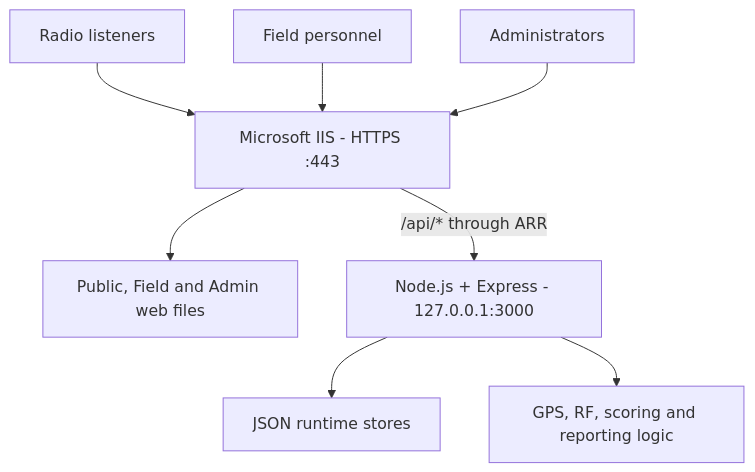
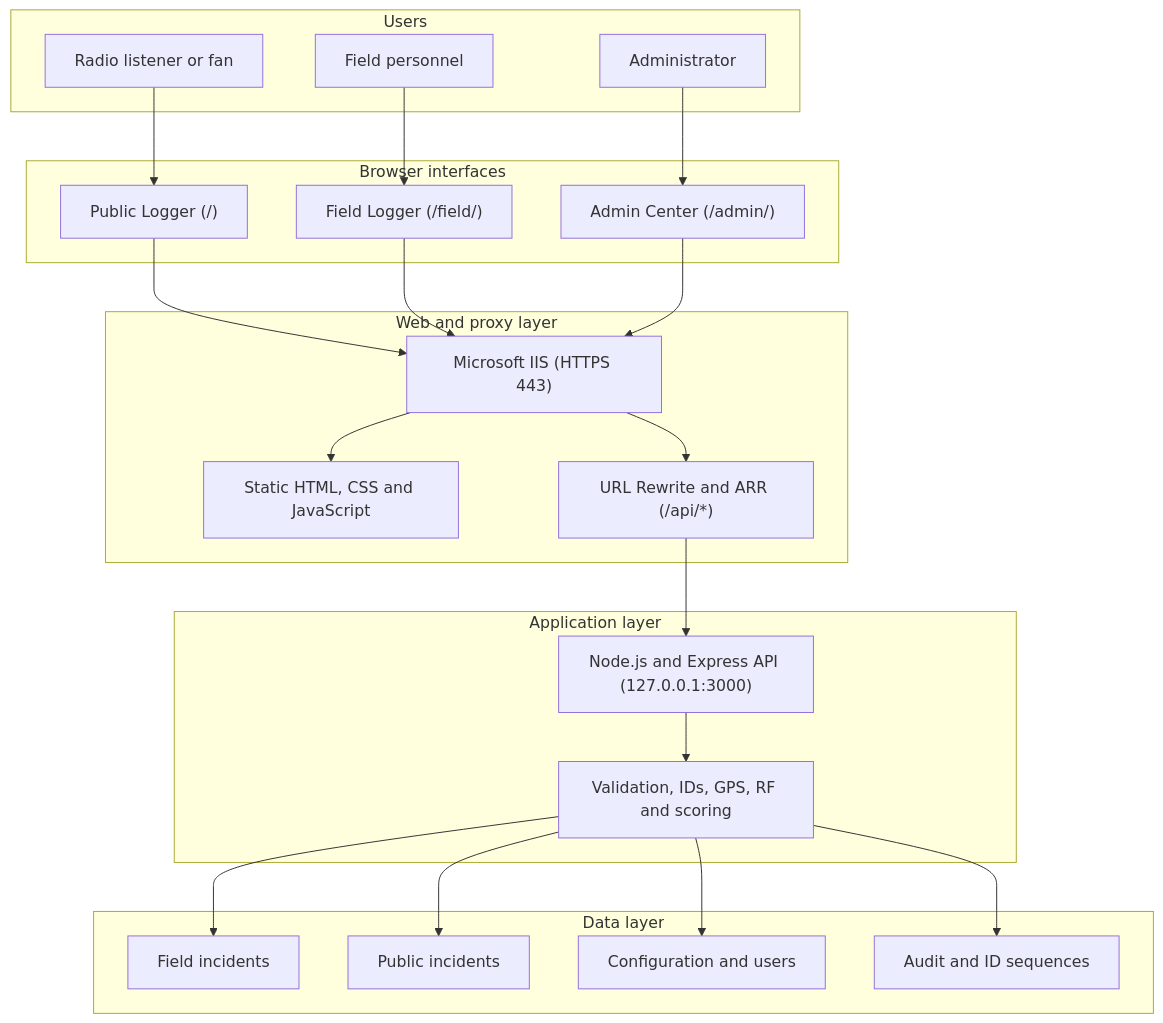
One commit to yo-fola/mbi-signal-logger changed the first of 2 diagrams in README.md. Above: the diagram before and after it, drawn with Mermaid. The commit also changed other lines of this file, not shown here.

Commit message:
docs: improve system architecture mapping

````diff
--- a/README.md
+++ b/README.md
@@ -64,10 +66,50 @@
 ```mermaid
-flowchart TD
-    U["Radio listeners"] --> IIS["Microsoft IIS - HTTPS :443"]
-    F["Field personnel"] --> IIS
-    A["Administrators"] --> IIS
-    IIS --> S["Public, Field and Admin web files"]
-    IIS -->|"/api/* through ARR"| N["Node.js + Express - 127.0.0.1:3000"]
-    N --> J["JSON runtime stores"]
-    N --> R["GPS, RF, scoring and reporting logic"]
+flowchart TB
+    subgraph Users["Users"]
+        L["Radio listener or fan"]
+        F["Field personnel"]
+        A["Administrator"]
+    end
+
+    subgraph Interfaces["Browser interfaces"]
+        P["Public Logger (/)"]
+        E["Field Logger (/field/)"]
+        C["Admin Center (/admin/)"]
+    end
+
+    subgraph Web["Web and proxy layer"]
+        IIS["Microsoft IIS (HTTPS 443)"]
+        STATIC["Static HTML, CSS and JavaScript"]
+        ARR["URL Rewrite and ARR (/api/*)"]
+    end
+
+    subgraph Application["Application layer"]
+        API["Node.js and Express API (127.0.0.1:3000)"]
+        LOGIC["Validation, IDs, GPS, RF and scoring"]
+    end
+
+    subgraph Data["Data layer"]
+        FIELD["Field incidents"]
+        PUBLIC["Public incidents"]
+        CONFIG["Configuration and users"]
+        AUDIT["Audit and ID sequences"]
+    end
+
+    L --> P
+    F --> E
+    A --> C
+
+    P --> IIS
+    E --> IIS
+    C --> IIS
+
+    IIS --> STATIC
+    IIS --> ARR
+    ARR --> API
+    API --> LOGIC
+
+    LOGIC --> FIELD
+    LOGIC --> PUBLIC
+    LOGIC --> CONFIG
+    LOGIC --> AUDIT
 ```
````
